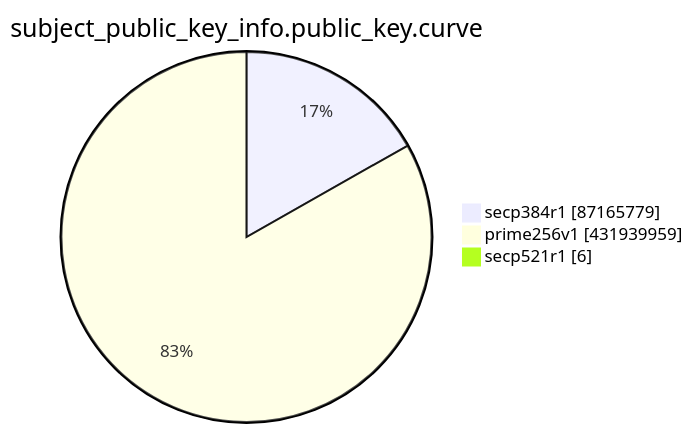
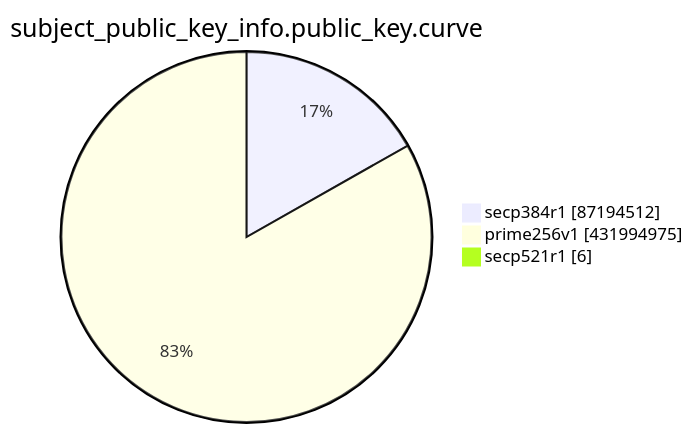
One commit to christiankrug/ctmonitor_visualization changed the eighth of 15 diagrams in TOTAL/README.md. Above: the diagram before and after it, drawn with Mermaid. The commit also changed other lines of this file, not shown here.

````diff
--- a/TOTAL/README.md
+++ b/TOTAL/README.md
@@ -3100,7 +3100,7 @@
 ```mermaid
 pie showData
 title subject_public_key_info.public_key.curve
-"secp384r1" :87165779
-"prime256v1" :431939959
+"secp384r1" :87194512
+"prime256v1" :431994975
 "secp521r1" :6
 ```
````
